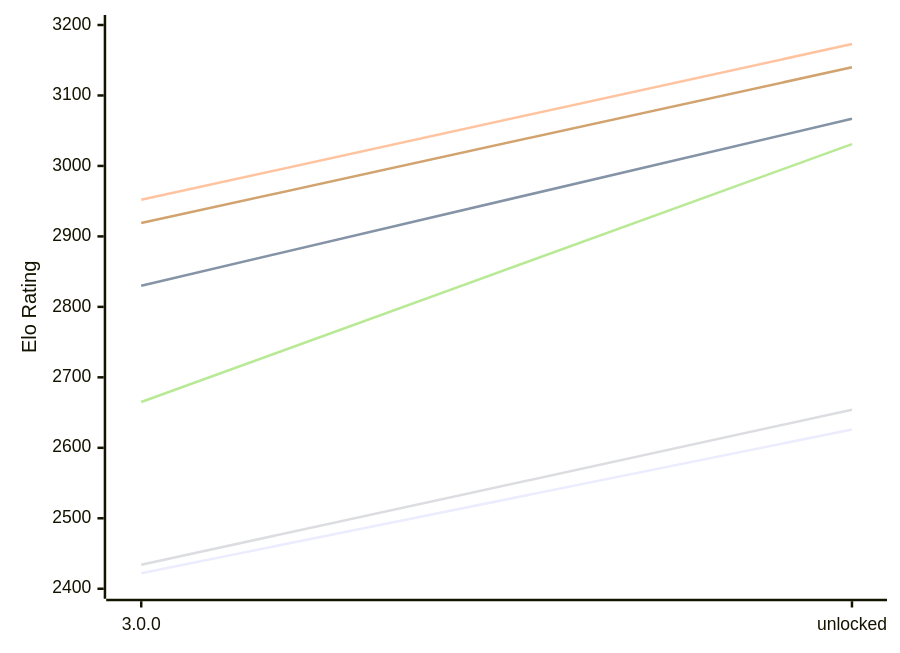
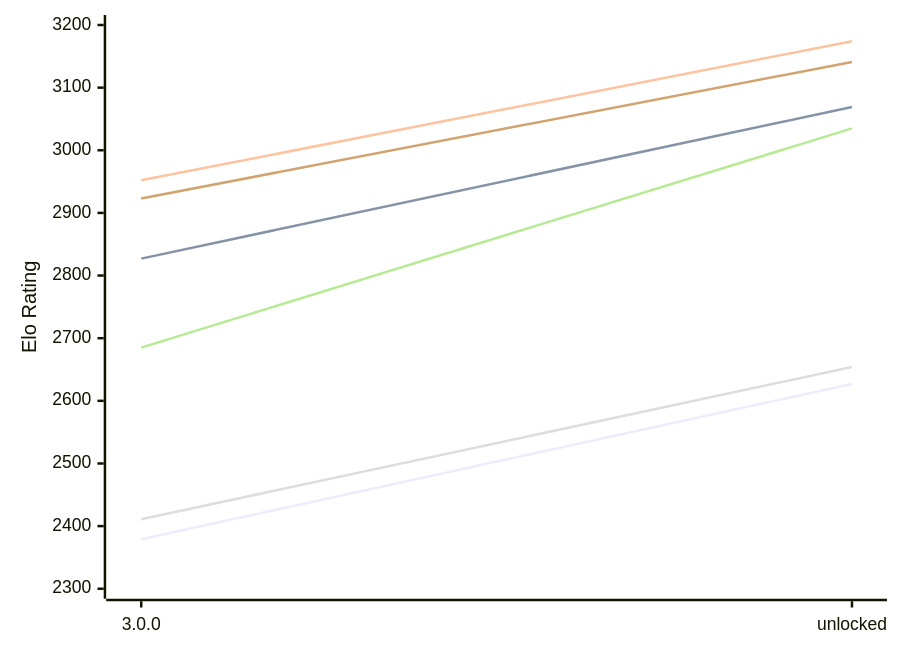
One commit to computer-chess-index/cci changed the first of 2 diagrams in engines/Potential.md. Above: the diagram before and after it, drawn with Mermaid. The commit also changed other lines of this file, not shown here.

Commit message:
Update CCI Ratings (ELO VLTC) - 2026-11-17

````diff
--- a/engines/Potential.md
+++ b/engines/Potential.md
@@ -51,12 +51,12 @@
 ```mermaid
 %%{init: {"theme":"base","themeVariables":{"seriesColors:['#a3a3a3','#222221','#faa371']}}}%%
 xychart-beta
   x-axis ["3.0.0", "unlocked"]
-  y-axis "Elo Rating" 2400 --> 3200
-  line "E1: STC (8.0+0.08s)" [2422, 2626]
-  line "E1: LTC (60.0+0.60s)" [2830, 3067]
-  line "E1: VLTC (2m24s+1.12s)" [2952, 3173]
-  line "P1: STC (8.0+0.08s)" [2434, 2654]
-  line "P1: LTC (60.0+0.60s)" [2665, 3031]
-  line "P1: VLTC (2m24s+1.12s)" [2919, 3140]
+  y-axis "Elo Rating" 2300 --> 3200
+  line "E1: STC (8.0+0.08s)" [2379, 2627]
+  line "E1: LTC (60.0+0.60s)" [2827, 3069]
+  line "E1: VLTC (2m24s+1.12s)" [2952, 3174]
+  line "P1: STC (8.0+0.08s)" [2411, 2654]
+  line "P1: LTC (60.0+0.60s)" [2685, 3035]
+  line "P1: VLTC (2m24s+1.12s)" [2923, 3141]
 ```
````
